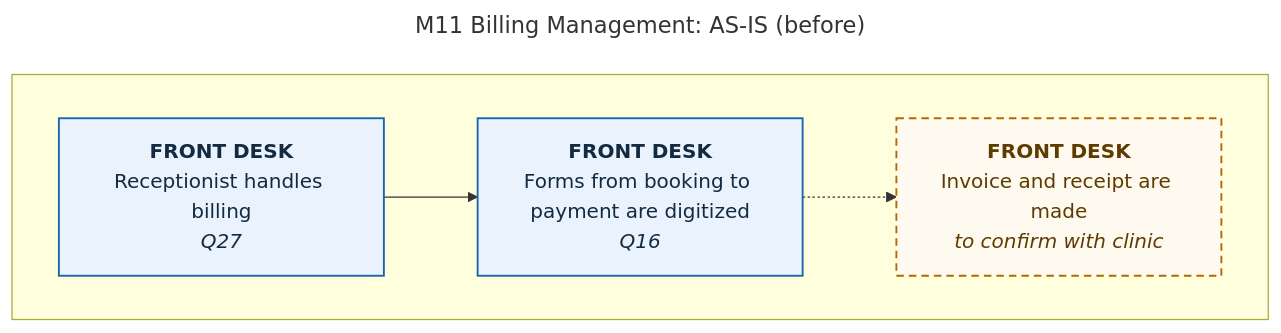
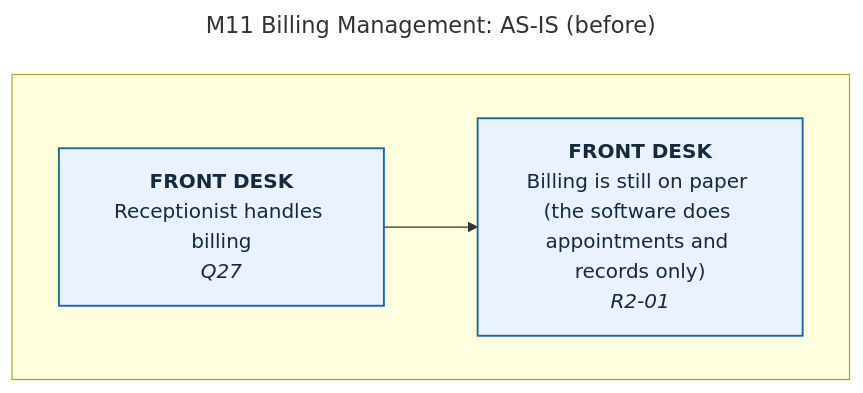
Before and after one commit to 0phem/multibranch-dental-clinic: the diagram in docs/defense/diagrams/M11-billing-management-as-is.mmd, drawn with Mermaid. The commit also changed 111 other files, not shown here.

```diff
--- a/docs/defense/diagrams/M11-billing-management-as-is.mmd
+++ b/docs/defense/diagrams/M11-billing-management-as-is.mmd
@@ -1,18 +1,16 @@
 ---
 title: "M11 Billing Management: AS-IS (before)"
 ---
 flowchart TB
     subgraph L1[" "]
     direction LR
       S0["<b>FRONT DESK</b><br/>Receptionist handles billing<br/><i>Q27</i>"]:::cited
-      S1["<b>FRONT DESK</b><br/>Forms from booking to payment are digitized<br/><i>Q16</i>"]:::cited
-      S2["<b>FRONT DESK</b><br/>Invoice and receipt are made<br/><i>to confirm with clinic</i>"]:::confirm
+      S1["<b>FRONT DESK</b><br/>Billing is still on paper (the software does appointments and records only)<br/><i>R2-01</i>"]:::cited
     end
     S0 --> S1
-    S1 -.-> S2
     classDef cited fill:#eaf3fd,stroke:#1865ac,color:#142a40,stroke-width:1.5px
     classDef confirm fill:#fffaf0,stroke:#b26a00,color:#5e3c00,stroke-width:1.5px,stroke-dasharray:6 4
     classDef auto fill:#e6f5ee,stroke:#0c7f75,color:#0f3d33,stroke-width:1.5px
     classDef manual fill:#eaf3fd,stroke:#1865ac,color:#142a40,stroke-width:1.5px
     classDef mock fill:#f3f5f7,stroke:#5a6b7d,color:#3a4e63,stroke-width:1.5px,stroke-dasharray:3 3
     classDef planned fill:#ffffff,stroke:#5a6b7d,color:#3a4e63,stroke-width:1.5px,stroke-dasharray:6 4
```
